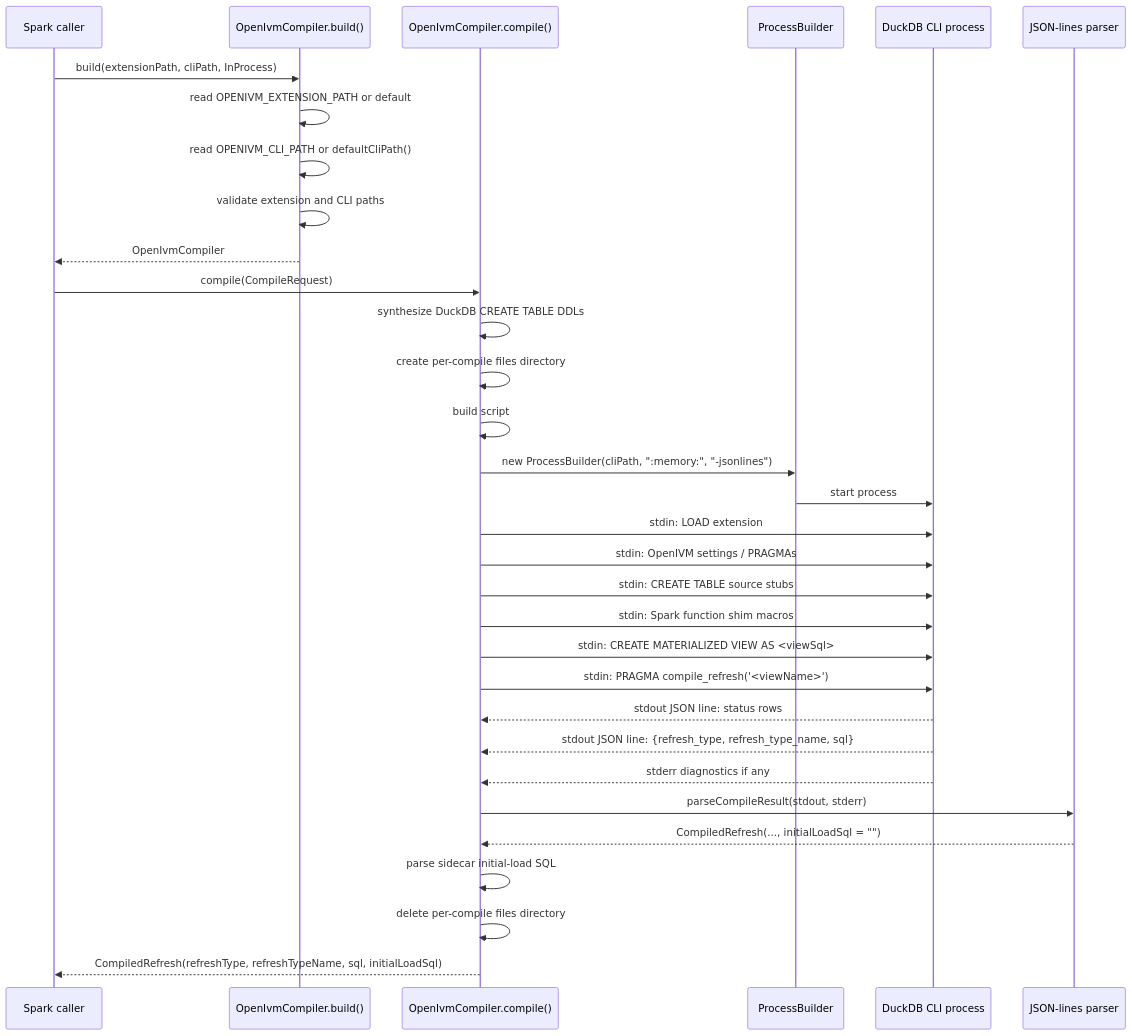
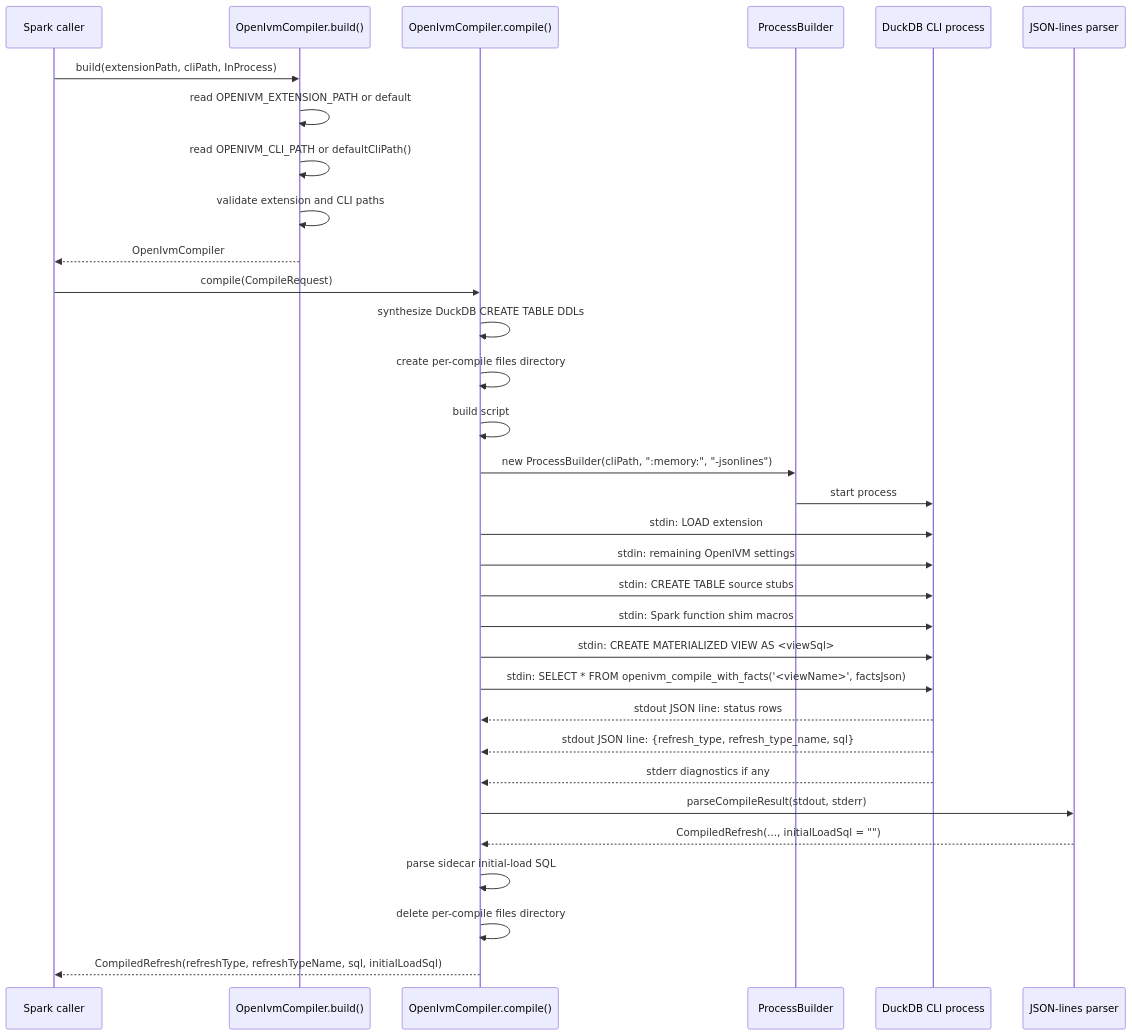
The diagram in docs/architecture/openivm-spark/4-duckdb-cli-compile-bridge.md (mdrakiburrahman/openivm-spark), drawn with Mermaid before and after one commit. The commit also changed other lines of this file and 28 other files, not shown here.

First line of the commit message:
docs(spark): align references with openivm_compile_with_facts surface

````diff
--- a/docs/architecture/openivm-spark/4-duckdb-cli-compile-bridge.md
+++ b/docs/architecture/openivm-spark/4-duckdb-cli-compile-bridge.md
@@ -448,34 +439,34 @@
 ```mermaid
 sequenceDiagram
     participant Caller as Spark caller
     participant Factory as OpenIvmCompiler.build()
     participant Compiler as OpenIvmCompiler.compile()
     participant PB as ProcessBuilder
     participant CLI as DuckDB CLI process
     participant Parser as JSON-lines parser
     Caller->>Factory: build(extensionPath, cliPath, InProcess)
     Factory->>Factory: read OPENIVM_EXTENSION_PATH or default
     Factory->>Factory: read OPENIVM_CLI_PATH or defaultCliPath()
     Factory->>Factory: validate extension and CLI paths
     Factory-->>Caller: OpenIvmCompiler
     Caller->>Compiler: compile(CompileRequest)
     Compiler->>Compiler: synthesize DuckDB CREATE TABLE DDLs
     Compiler->>Compiler: create per-compile files directory
     Compiler->>Compiler: build script
     Compiler->>PB: new ProcessBuilder(cliPath, ":memory:", "-jsonlines")
     PB->>CLI: start process
     Compiler->>CLI: stdin: LOAD extension
-    Compiler->>CLI: stdin: OpenIVM settings / PRAGMAs
+    Compiler->>CLI: stdin: remaining OpenIVM settings
     Compiler->>CLI: stdin: CREATE TABLE source stubs
     Compiler->>CLI: stdin: Spark function shim macros
     Compiler->>CLI: stdin: CREATE MATERIALIZED VIEW AS <viewSql>
-    Compiler->>CLI: stdin: PRAGMA compile_refresh('<viewName>')
+    Compiler->>CLI: stdin: SELECT * FROM openivm_compile_with_facts('<viewName>', factsJson)
     CLI-->>Compiler: stdout JSON line: status rows
     CLI-->>Compiler: stdout JSON line: {refresh_type, refresh_type_name, sql}
     CLI-->>Compiler: stderr diagnostics if any
     Compiler->>Parser: parseCompileResult(stdout, stderr)
     Parser-->>Compiler: CompiledRefresh(..., initialLoadSql = "")
     Compiler->>Compiler: parse sidecar initial-load SQL
     Compiler->>Compiler: delete per-compile files directory
     Compiler-->>Caller: CompiledRefresh(refreshType, refreshTypeName, sql, initialLoadSql)
 ```
````
